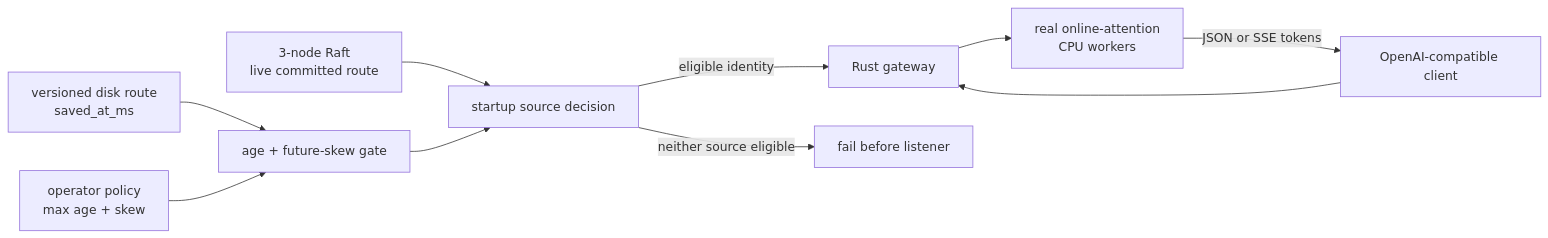
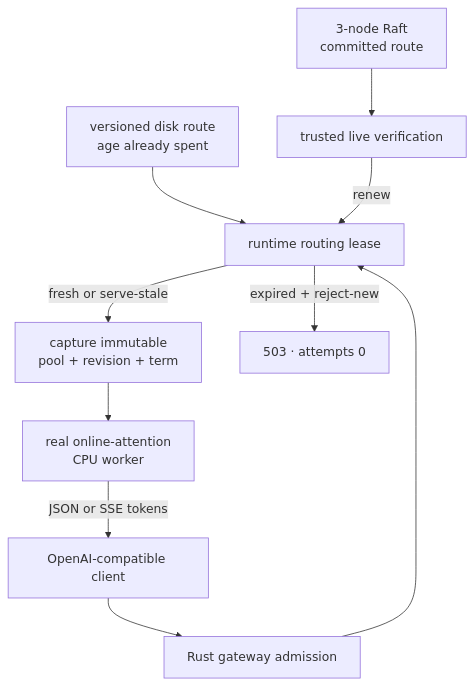
Before and after one commit to conan505/inferLab: the diagram in README.md, drawn with Mermaid. The commit also changed other lines of this file and 47 other files, not shown here.

Commit message:
v0.16 runtime routing lease

````diff
--- a/README.md
+++ b/README.md
@@ -14,12 +14,12 @@
 ```mermaid
-flowchart LR
-    R["3-node Raft<br/>live committed route"] --> Gate["startup source decision"]
-    D["versioned disk route<br/>saved_at_ms"] --> Fresh["age + future-skew gate"]
-    P["operator policy<br/>max age + skew"] --> Fresh
-    Fresh --> Gate
-    Gate -->|"eligible identity"| G["Rust gateway"]
-    Gate -->|"neither source eligible"| Stop["fail before listener"]
-    C["OpenAI-compatible client"] --> G
-    G --> W["real online-attention<br/>CPU workers"]
+flowchart TD
+    R["3-node Raft<br/>committed route"] --> Poll["trusted live verification"]
+    D["versioned disk route<br/>age already spent"] --> L["runtime routing lease"]
+    Poll -->|"renew"| L
+    C["OpenAI-compatible client"] --> G["Rust gateway admission"]
+    G --> L
+    L -->|"fresh or serve-stale"| S["capture immutable<br/>pool + revision + term"]
+    L -->|"expired + reject-new"| E["503 · attempts 0"]
+    S --> W["real online-attention<br/>CPU worker"]
     W -->|"JSON or SSE tokens"| C
 ```
````
